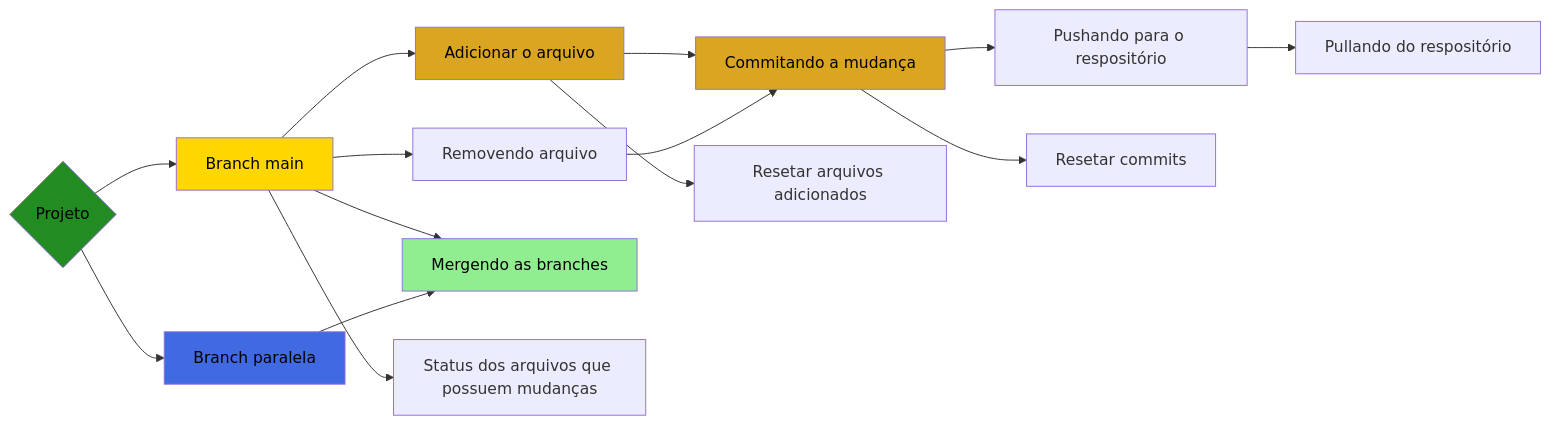
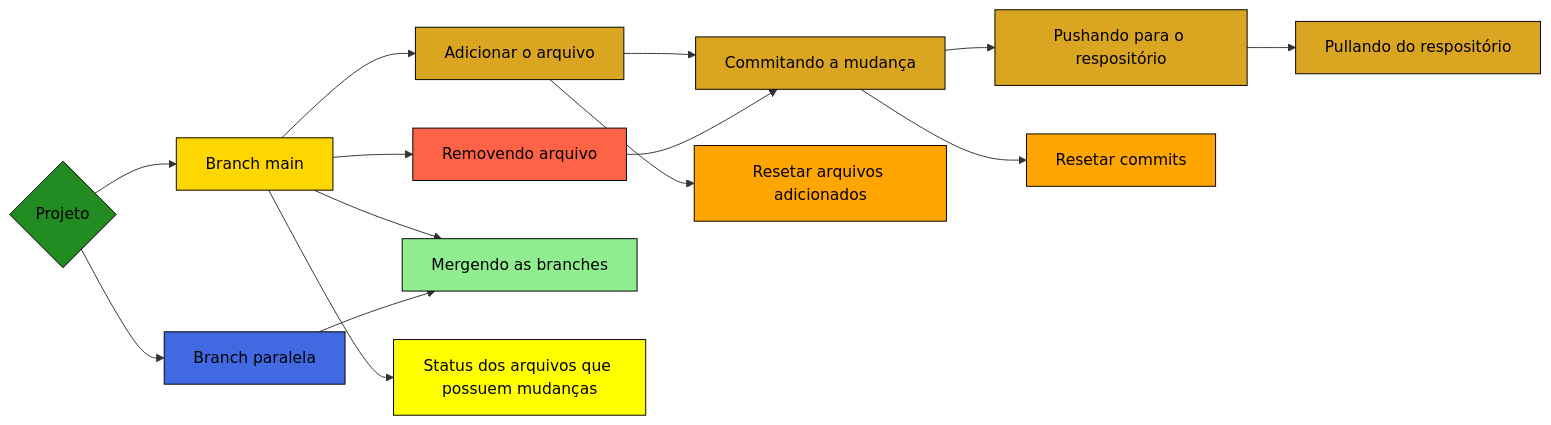
One commit to Edbbioeco/conectar_github_rstudio changed the diagram in README.qmd. Above: the diagram before and after it, drawn with Mermaid.

Commit message:
Quarto do README

````diff
--- a/README.qmd
+++ b/README.qmd
@@ -19,22 +19,28 @@
 ```{mermaid} 
 flowchart LR
   A{Projeto} --> B[Branch main] 
   A --> C[Branch paralela]
   B --> D[Adicionar o arquivo]
   D --> E[Commitando a mudança]
   E --> F[Pushando para o respositório]
   F --> G[Pullando do respositório]
   H[Removendo arquivo] --> E
   D --> I[Resetar arquivos adicionados]
   E --> J[Resetar commits]
   B --> H
   B --> K[Mergendo as branches]
   C --> K[Mergendo as branches]
   B --> L[Status dos arquivos que possuem mudanças]
-  style A fill:forestgreen, color:black
-  style B fill:gold, color:black
-  style C fill:royalblue, color:black
-  style D fill:goldenrod, color:black
-  style E fill:goldenrod, color:black
-  style K fill:lightgreen, color:black
+  style A fill:forestgreen, color:black, stroke:black
+  style B fill:gold, color:black, stroke:black
+  style C fill:royalblue, color:black, stroke:black
+  style D fill:goldenrod, color:black, stroke:black
+  style E fill:goldenrod, color:black, stroke:black
+  style F fill:goldenrod, color:black, stroke:black
+  style G fill:goldenrod, color:black, stroke:black
+  style H fill:tomato, color:black, stroke:black
+  style I fill:orange, color:black, stroke:black
+  style J fill:orange, color:black, stroke:black
+  style K fill:lightgreen, color:black, stroke:black
+  style L fill:yellow, color:black, stroke:black
 ```
````
